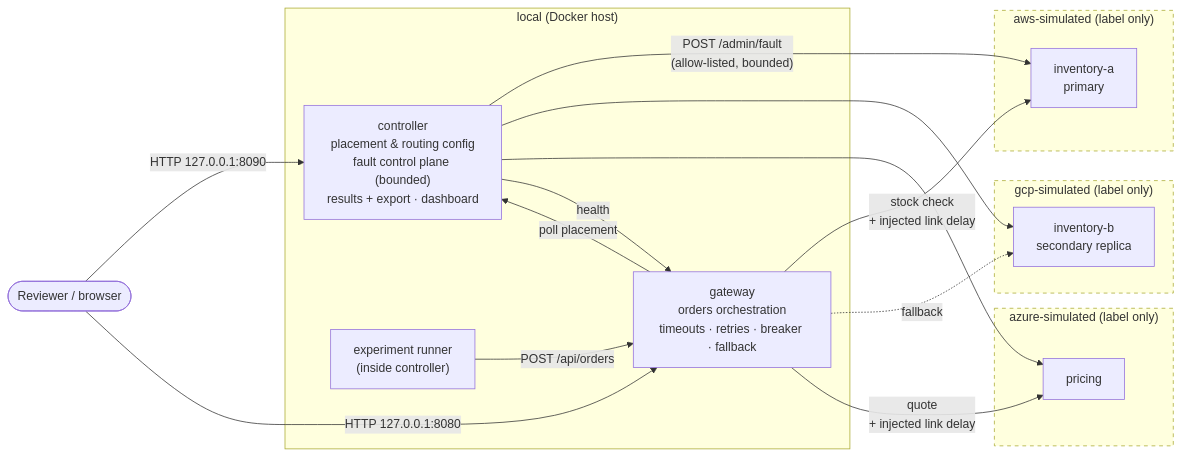
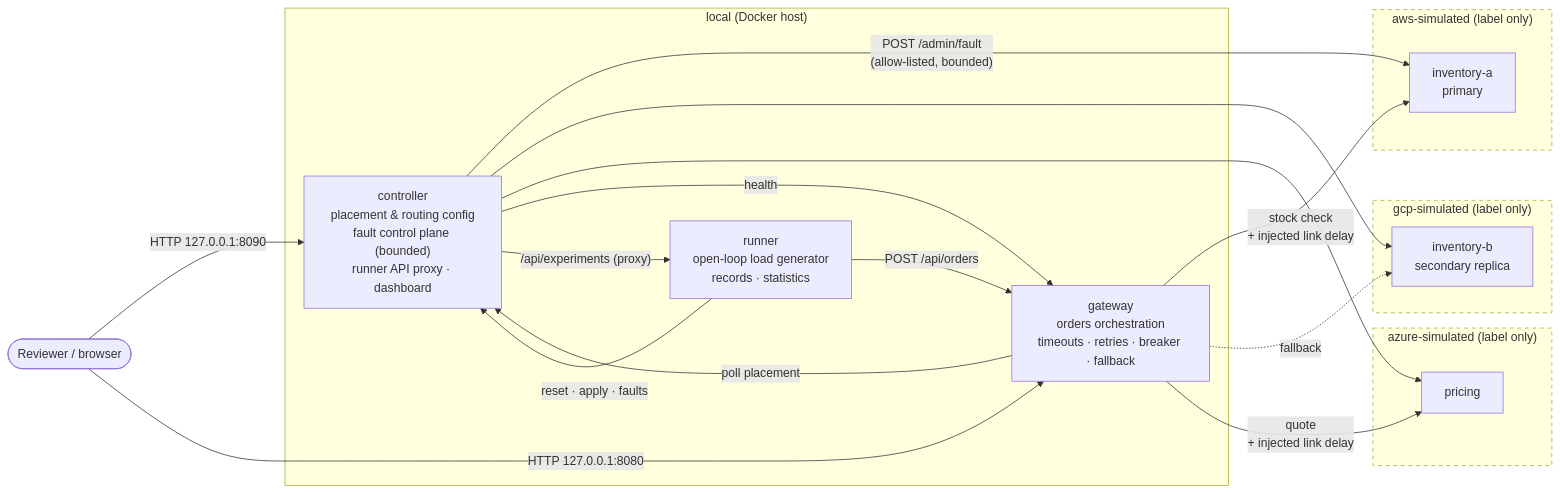
One commit to Parv-01/setu-x changed the diagram in docs/figures/architecture.mmd. Above: the diagram before and after it, drawn with Mermaid. The commit also changed 54 other files, not shown here.

First line of the commit message:
Phase 5: experiment harness (open-loop runner, isolation, records, statistics) and scenarios A-G

```diff
--- a/docs/figures/architecture.mmd
+++ b/docs/figures/architecture.mmd
@@ -1,31 +1,33 @@
 flowchart LR
   user([Reviewer / browser]) -->|HTTP 127.0.0.1:8090| ctl
   lg -->|POST /api/orders| gw
   user -->|HTTP 127.0.0.1:8080| gw
 
   subgraph LOCAL["local (Docker host)"]
     gw["gateway<br/>orders orchestration<br/>timeouts · retries · breaker · fallback"]
-    ctl["controller<br/>placement & routing config<br/>fault control plane (bounded)<br/>results + export · dashboard"]
-    lg["experiment runner<br/>(inside controller)"]
+    ctl["controller<br/>placement & routing config<br/>fault control plane (bounded)<br/>runner API proxy · dashboard"]
+    lg["runner<br/>open-loop load generator<br/>records · statistics"]
   end
   subgraph AWS["aws-simulated (label only)"]
     inva["inventory-a<br/>primary"]
   end
   subgraph GCP["gcp-simulated (label only)"]
     invb["inventory-b<br/>secondary replica"]
   end
   subgraph AZ["azure-simulated (label only)"]
     pr["pricing"]
   end
 
   gw -->|"stock check<br/>+ injected link delay"| inva
   gw -.->|fallback| invb
   gw -->|"quote<br/>+ injected link delay"| pr
   gw -->|poll placement| ctl
   ctl -->|"POST /admin/fault<br/>(allow-listed, bounded)"| inva
   ctl --> invb
   ctl --> pr
   ctl -->|health| gw
+  ctl -->|"/api/experiments (proxy)"| lg
+  lg -->|"reset · apply · faults"| ctl
 
   classDef sim stroke-dasharray: 5 5;
   class AWS,GCP,AZ sim;
```
